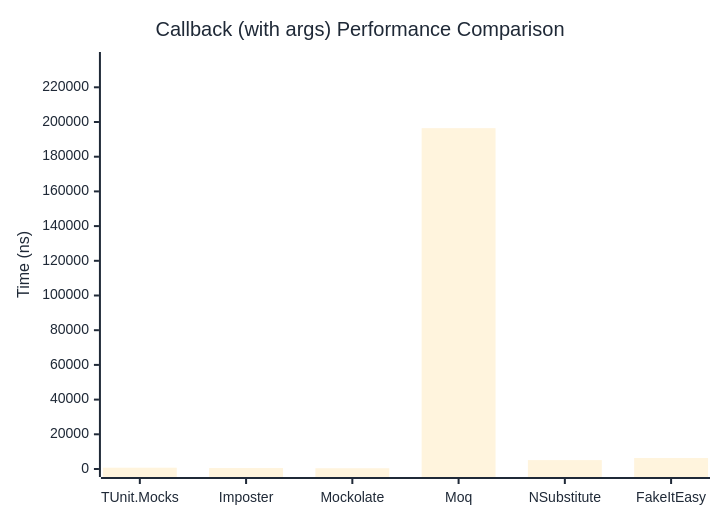
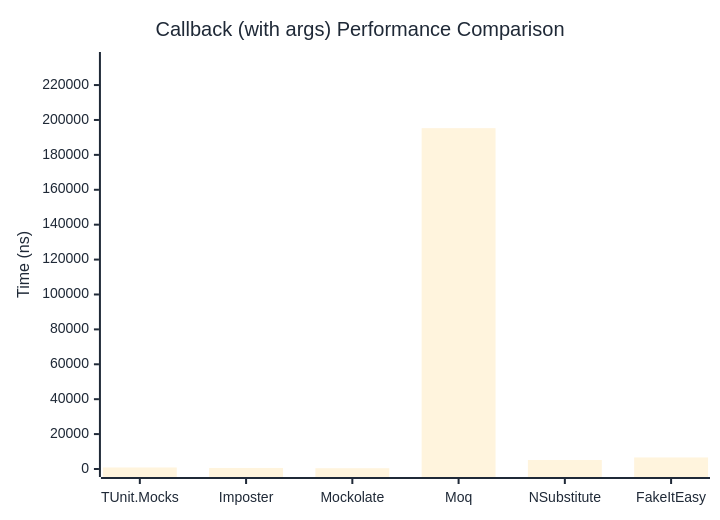
Before and after one commit to thomhurst/TUnit: the second of 2 diagrams in docs/docs/benchmarks/mocks/Callback.md, drawn with Mermaid. The commit also changed other lines of this file and 14 other files, not shown here.

````diff
--- a/docs/docs/benchmarks/mocks/Callback.md
+++ b/docs/docs/benchmarks/mocks/Callback.md
@@ -69,27 +69,27 @@
 ```mermaid
 %%{init: {
   'theme':'base',
   'themeVariables': {
     'primaryColor': '#2563eb',
     'primaryTextColor': '#1f2937',
     'primaryBorderColor': '#1e40af',
     'lineColor': '#6b7280',
     'secondaryColor': '#7c3aed',
     'tertiaryColor': '#dc2626',
     'background': '#ffffff',
     'pie1': '#2563eb',
     'pie2': '#7c3aed',
     'pie3': '#dc2626',
     'pie4': '#f59e0b',
     'pie5': '#10b981',
     'pie6': '#06b6d4',
     'pie7': '#ec4899',
     'pie8': '#6366f1'
   }
 }}%%
 xychart-beta
   title "Callback (with args) Performance Comparison"
   x-axis ["TUnit.Mocks", "Imposter", "Mockolate", "Moq", "NSubstitute", "FakeItEasy"]
-  y-axis "Time (ns)" 0 --> 235736
-  bar [743.5, 556.4, 439.4, 196446, 5126.1, 6338.6]
+  y-axis "Time (ns)" 0 --> 234359
+  bar [872.7, 597.2, 453.2, 195298.7, 5159.7, 6626.5]
 ```
````
